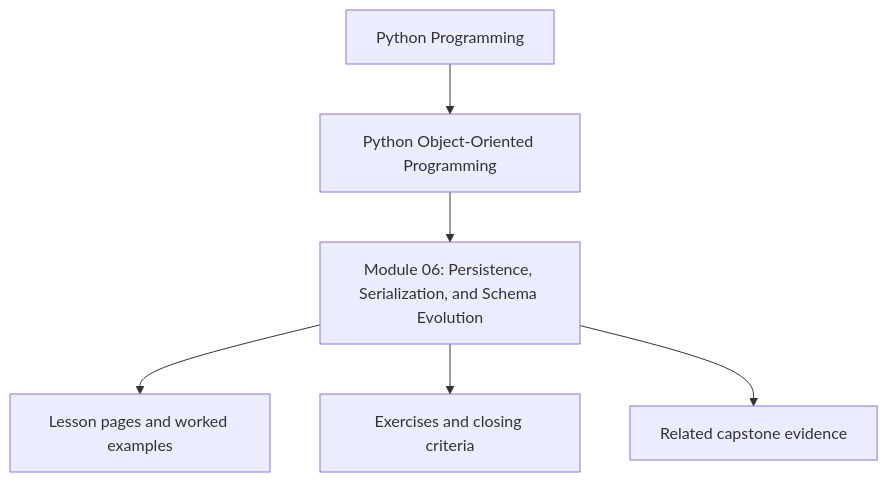
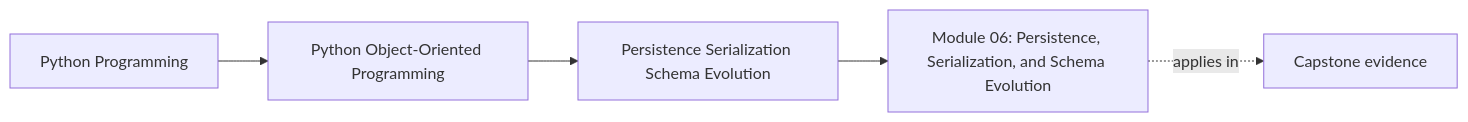
One commit to bijux/bijux-masterclass changed the first of 2 diagrams in programs/python-programming/python-object-oriented-programming/course-book/module-06-persistence-serialization-schema-evolution/index.md. Above: the diagram before and after it, drawn with Mermaid. The commit also changed other lines of this file and 103 other files, not shown here.

Commit message:
docs(python-object-oriented-programming): map sustainment and capstone surfaces

````diff
--- a/programs/python-programming/python-object-oriented-programming/course-book/module-06-persistence-serialization-schema-evolution/index.md
+++ b/programs/python-programming/python-object-oriented-programming/course-book/module-06-persistence-serialization-schema-evolution/index.md
@@ -7,8 +7,11 @@
 ```mermaid
-flowchart TD
-  family["Python Programming"] --> program["Python Object-Oriented Programming"]
-  program --> module["Module 06: Persistence, Serialization, and Schema Evolution"]
-  module --> lessons["Lesson pages and worked examples"]
-  module --> checkpoints["Exercises and closing criteria"]
-  module --> capstone["Related capstone evidence"]
+graph LR
+  family["Python Programming"]
+  program["Python Object-Oriented Programming"]
+  section["Persistence Serialization Schema Evolution"]
+  page["Module 06: Persistence, Serialization, and Schema Evolution"]
+  capstone["Capstone evidence"]
+
+  family --> program --> section --> page
+  page -.applies in.-> capstone
 ```
````
